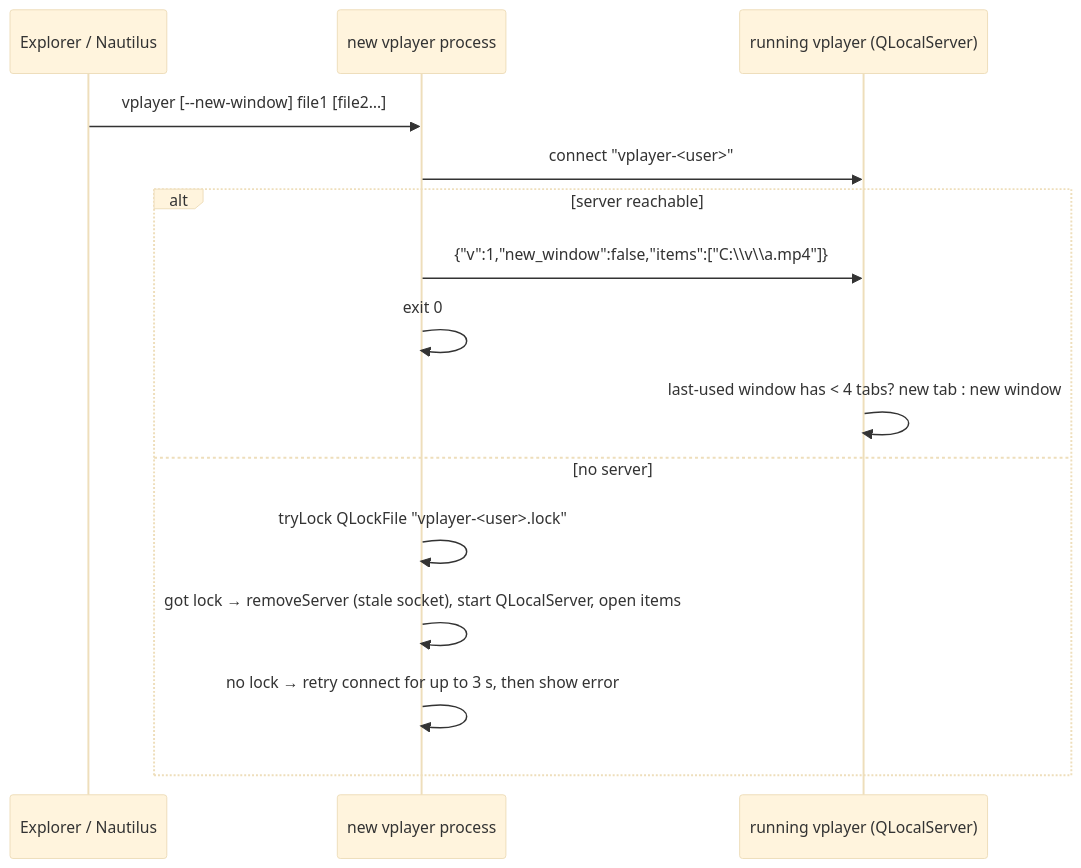
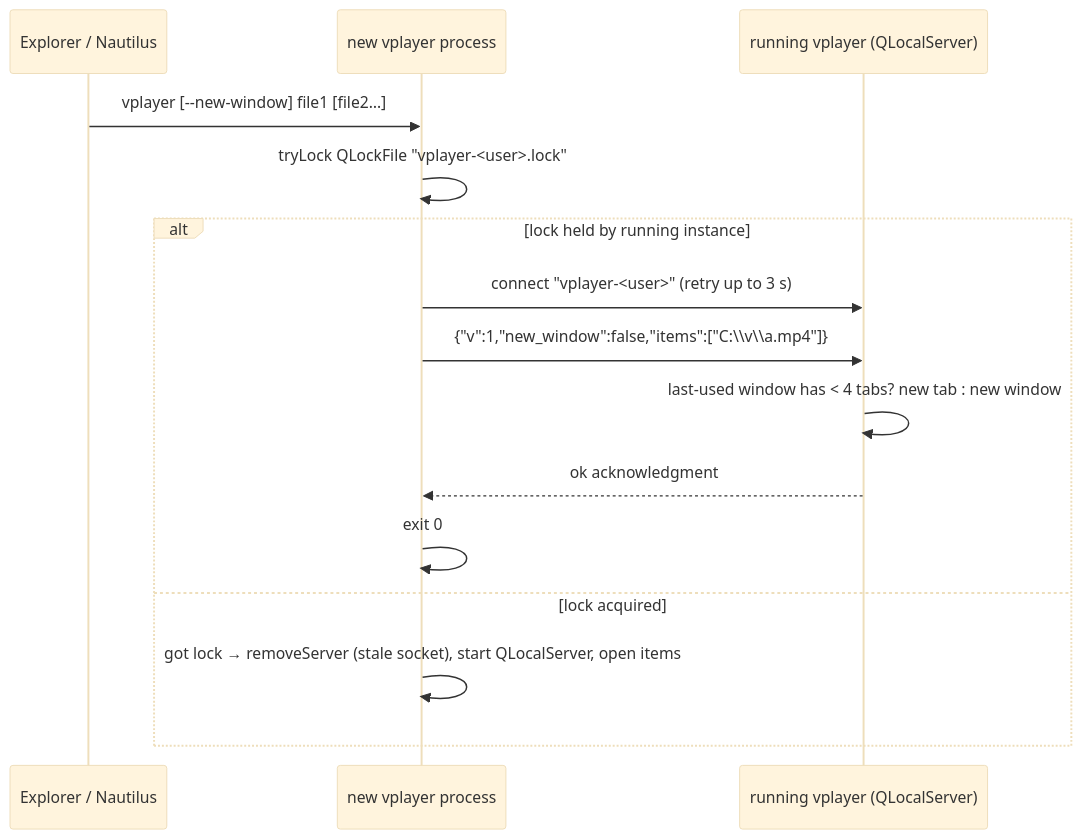
Before and after one commit to sonapraneeth-akula-dev/video-player: the fifth of 6 diagrams in docs/plans/2026-10-11_video-player_technical-design.md, drawn with Mermaid (base theme). The commit also changed other lines of this file and 8 other files, not shown here.

First line of the commit message:
feat(oi-g6s/app): Route CLI opens to one running instance

````diff
--- a/docs/plans/2026-10-11_video-player_technical-design.md
+++ b/docs/plans/2026-10-11_video-player_technical-design.md
@@ -361,17 +361,17 @@
 ```mermaid
 sequenceDiagram
     participant OS as Explorer / Nautilus
     participant N as new vplayer process
     participant L as running vplayer (QLocalServer)
     OS->>N: vplayer [--new-window] file1 [file2…]
-    N->>L: connect "vplayer-<user>"
-    alt server reachable
+    N->>N: tryLock QLockFile "vplayer-<user>.lock"
+    alt lock held by running instance
+        N->>L: connect "vplayer-<user>" (retry up to 3 s)
         N->>L: {"v":1,"new_window":false,"items":["C:\\v\\a.mp4"]}
+        L->>L: last-used window has < 4 tabs? new tab : new window
+        L-->>N: ok acknowledgment
         N->>N: exit 0
-        L->>L: last-used window has < 4 tabs? new tab : new window
-    else no server
-        N->>N: tryLock QLockFile "vplayer-<user>.lock"
+    else lock acquired
         N->>N: got lock → removeServer (stale socket), start QLocalServer, open items
-        N->>N: no lock → retry connect for up to 3 s, then show error
     end
 ```
````
